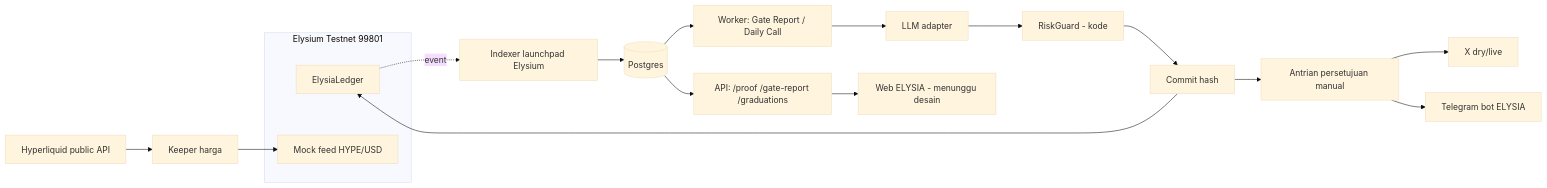
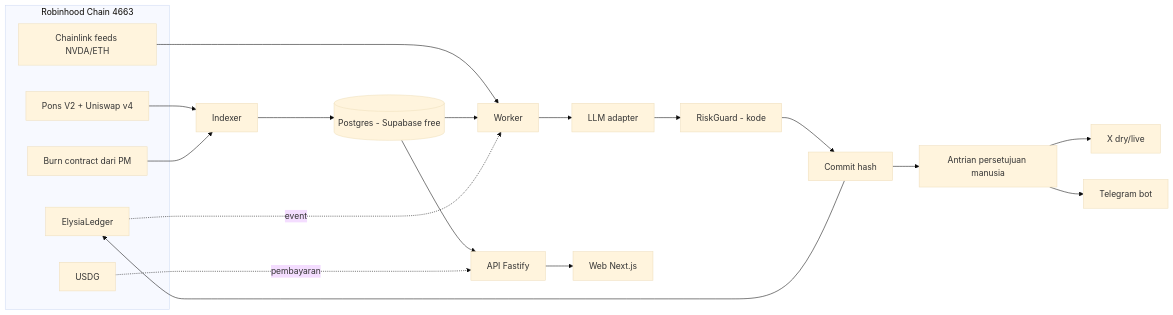
The diagram in docs/ELYSIA_ARCHITECTURE.md (ElysiaSealed/Elysia), drawn with Mermaid (base theme) before and after one commit. The commit also changed other lines of this file and 8 other files, not shown here.

````diff
--- a/docs/ELYSIA_ARCHITECTURE.md
+++ b/docs/ELYSIA_ARCHITECTURE.md
@@ -27,21 +14,26 @@
 ```mermaid
 flowchart LR
-  subgraph Elysium Testnet 99801
+  subgraph Robinhood Chain 4663
     L[ElysiaLedger]
-    F[Mock feed HYPE/USD]
+    CL[Chainlink feeds NVDA/ETH]
+    PONS[Pons V2 + Uniswap v4]
+    USDG[USDG]
+    BURN[Burn contract dari PM]
   end
-  IDX[Indexer launchpad Elysium] --> DB[(Postgres)]
-  HL[Hyperliquid public API] --> KP[Keeper harga]
-  KP --> F
-  DB --> W[Worker: Gate Report / Daily Call]
+  PONS --> IDX[Indexer]
+  BURN --> IDX
+  IDX --> DB[(Postgres - Supabase free)]
+  CL --> W[Worker]
+  DB --> W
   W --> LLM[LLM adapter]
   LLM --> RG[RiskGuard - kode]
   RG --> C[Commit hash]
   C --> L
-  C --> Q[Antrian persetujuan manual]
+  C --> Q[Antrian persetujuan manusia]
   Q --> X[X dry/live]
-  Q --> TG[Telegram bot ELYSIA]
-  DB --> API[API: /proof /gate-report /graduations]
-  API --> WEB[Web ELYSIA - menunggu desain]
-  L -. event .-> IDX
+  Q --> TG[Telegram bot]
+  DB --> API[API Fastify]
+  USDG -. pembayaran .-> API
+  API --> WEB[Web Next.js]
+  L -. event .-> W
 ```
````
